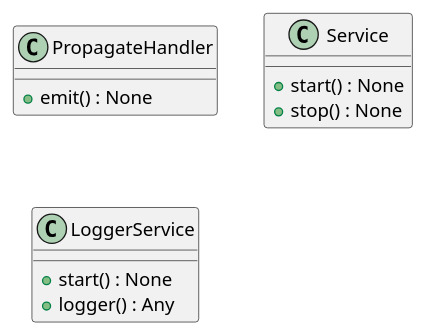
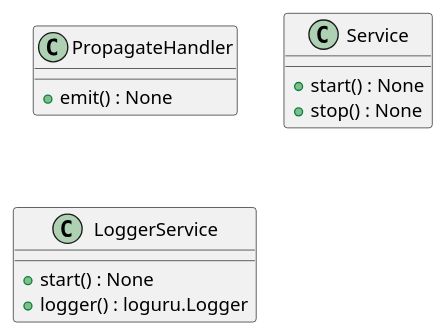
Before and after one commit to lgcorzo/llmops-python-package: the first of 6 diagrams in openwiki/modules/src/autogen_team/infrastructure/services/logger_service.md, drawn with PlantUML. The commit also changed other lines of this file and 155 other files, not shown here.

````diff
--- a/openwiki/modules/src/autogen_team/infrastructure/services/logger_service.md
+++ b/openwiki/modules/src/autogen_team/infrastructure/services/logger_service.md
@@ -68,15 +77,15 @@
 ```plantuml
 @startuml
     class PropagateHandler {
         +emit() : None
     }
     class Service {
         +start() : None
         +stop() : None
     }
     class LoggerService {
         +start() : None
-        +logger() : Any
+        +logger() : loguru.Logger
     }
 @enduml
 ```
````
